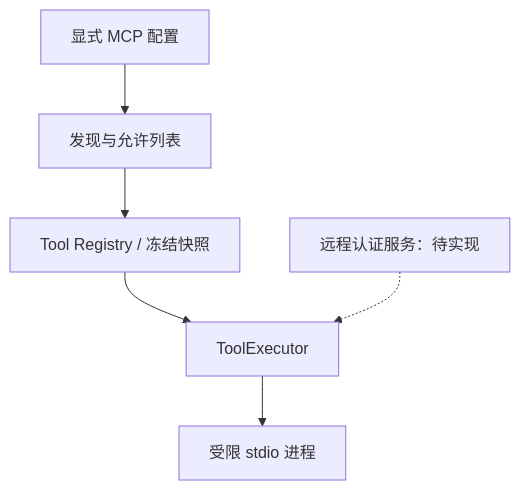
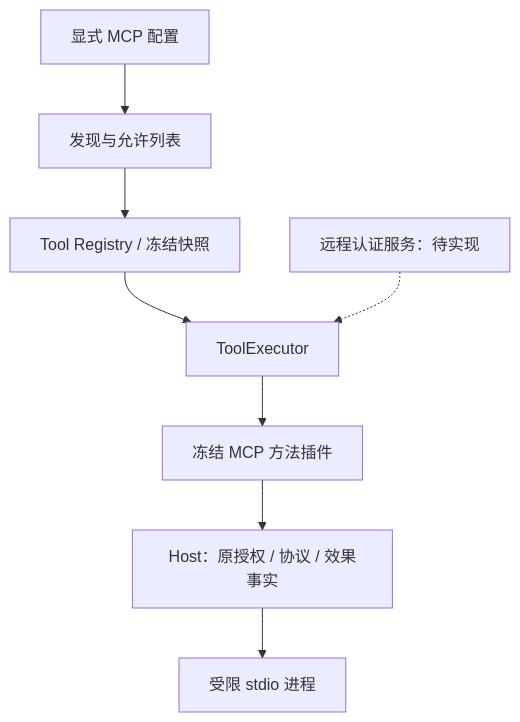
Before and after one commit to z-chenhao/steward: the first of 23 diagrams in docs/designs/integrations.md, drawn with Mermaid. The commit also changed other lines of this file and 2187 other files, not shown here.

````diff
--- a/docs/designs/integrations.md
+++ b/docs/designs/integrations.md
@@ -11,8 +11,10 @@
 ```mermaid
 flowchart TD
     C["显式 MCP 配置"] --> D["发现与允许列表"]
     D --> R["Tool Registry / 冻结快照"]
     R --> E["ToolExecutor"]
-    E --> P["受限 stdio 进程"]
+    E --> M["冻结 MCP 方法插件"]
+    M --> H["Host：原授权 / 协议 / 效果事实"]
+    H --> P["受限 stdio 进程"]
     N["远程认证服务：待实现"] -.-> E
 ```
````
